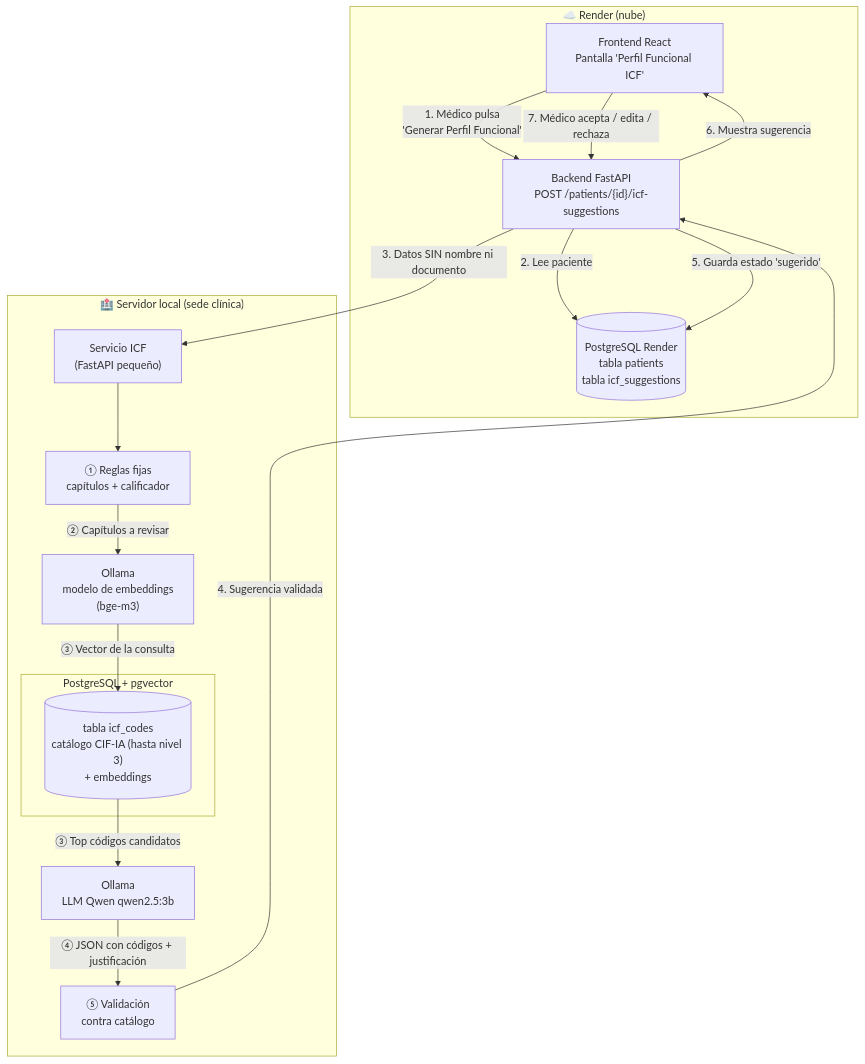
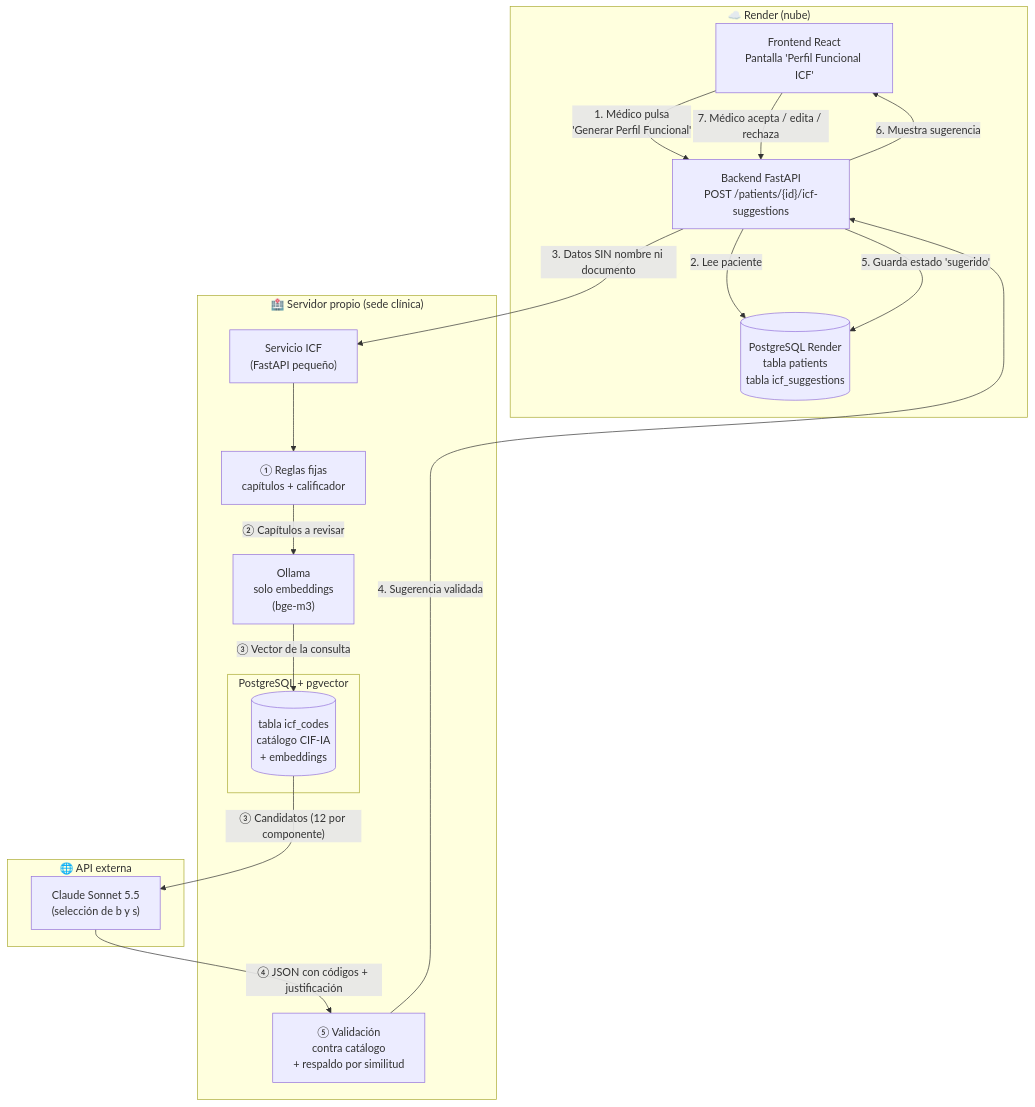
One commit to jaquimbayoc7/health-access-bridge changed the first of 3 diagrams in docs/diagrams/rag-icf-postgresql.md. Above: the diagram before and after it, drawn with Mermaid. The commit also changed other lines of this file and 8 other files, not shown here.

Commit message:
docs: HU-07 pasa a modelo externo (Claude Sonnet 5.5) tras las pruebas con el servidor fisico y Qwen; informe de pruebas, HU-07f/07g y plan actualizados

````diff
--- a/docs/diagrams/rag-icf-postgresql.md
+++ b/docs/diagrams/rag-icf-postgresql.md
@@ -25,32 +25,35 @@
 ```mermaid
 flowchart TB
     subgraph NUBE["☁️ Render (nube)"]
         FE["Frontend React<br/>Pantalla 'Perfil Funcional ICF'"]
         BE["Backend FastAPI<br/>POST /patients/{id}/icf-suggestions"]
         DBP[("PostgreSQL Render<br/>tabla patients<br/>tabla icf_suggestions")]
     end
 
-    subgraph LOCAL["🏥 Servidor local (sede clínica)"]
+    subgraph LOCAL["🏥 Servidor propio (sede clínica)"]
         SVC["Servicio ICF<br/>(FastAPI pequeño)"]
         RULES["① Reglas fijas<br/>capítulos + calificador"]
         subgraph PG["PostgreSQL + pgvector"]
-            CAT[("tabla icf_codes<br/>catálogo CIF-IA (hasta nivel 3)<br/>+ embeddings")]
+            CAT[("tabla icf_codes<br/>catálogo CIF-IA<br/>+ embeddings")]
         end
-        EMB["Ollama<br/>modelo de embeddings<br/>(bge-m3)"]
-        LLM["Ollama<br/>LLM Qwen qwen2.5:3b"]
-        VAL["⑤ Validación<br/>contra catálogo"]
+        EMB["Ollama<br/>solo embeddings<br/>(bge-m3)"]
+        VAL["⑤ Validación<br/>contra catálogo<br/>+ respaldo por similitud"]
+    end
+
+    subgraph EXT["🌐 API externa"]
+        LLM["Claude Sonnet 5.5<br/>(selección de b y s)"]
     end
 
     FE -->|"1. Médico pulsa<br/>'Generar Perfil Funcional'"| BE
     BE -->|"2. Lee paciente"| DBP
     BE -->|"3. Datos SIN nombre ni documento"| SVC
     SVC --> RULES
     RULES -->|"② Capítulos a revisar"| EMB
     EMB -->|"③ Vector de la consulta"| CAT
-    CAT -->|"③ Top códigos candidatos"| LLM
+    CAT -->|"③ Candidatos (12 por componente)"| LLM
     LLM -->|"④ JSON con códigos + justificación"| VAL
     VAL -->|"4. Sugerencia validada"| BE
     BE -->|"5. Guarda estado 'sugerido'"| DBP
     BE -->|"6. Muestra sugerencia"| FE
     FE -->|"7. Médico acepta / edita / rechaza"| BE
 ```
````
